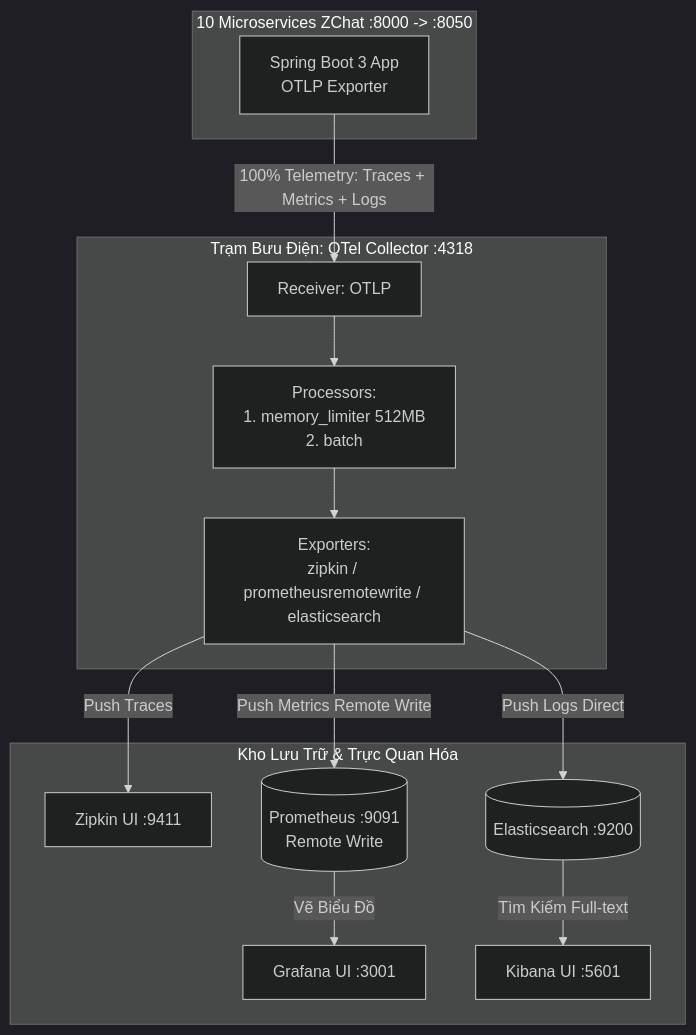
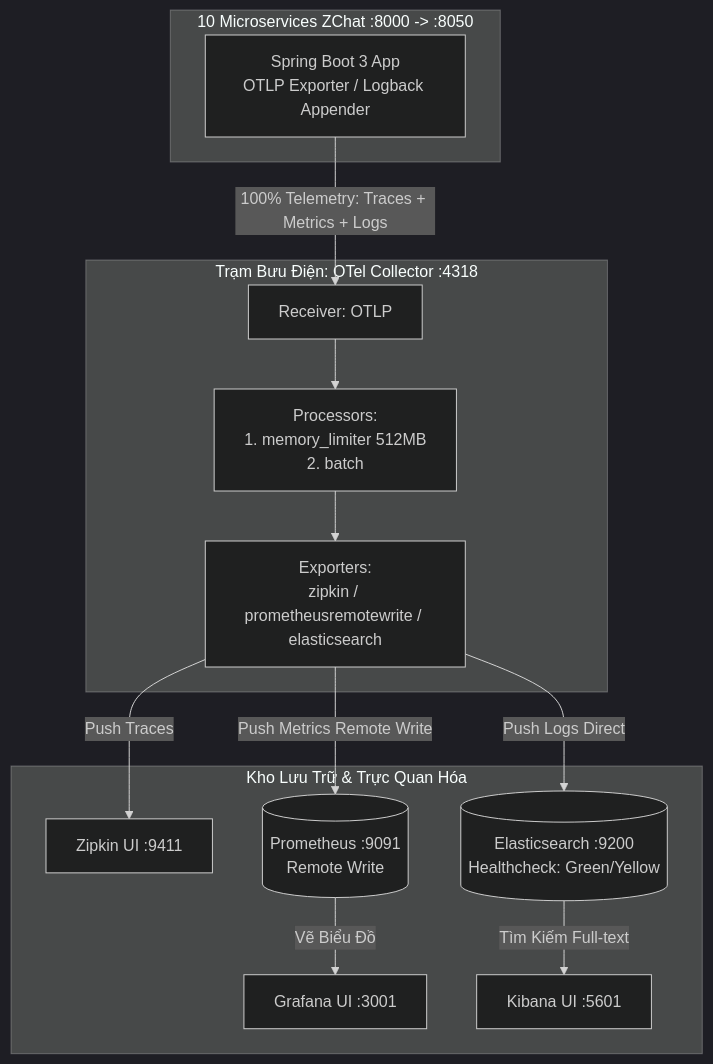
The diagram in docs/architecture/observability_integration_recipe.md (quyennguyencoder/microservice-chat-platform), drawn with Mermaid (dark theme) before and after one commit. The commit also changed other lines of this file, not shown here.

Commit message:
Finalize True Enterprise observability recipe: add Elasticsearch healthcheck and dependencies

````diff
--- a/docs/architecture/observability_integration_recipe.md
+++ b/docs/architecture/observability_integration_recipe.md
@@ -11,29 +11,29 @@
 ```mermaid
 flowchart TD
     subgraph ZChat [10 Microservices ZChat :8000 -> :8050]
-        APP[Spring Boot 3 App<br>OTLP Exporter]
+        APP[Spring Boot 3 App<br>OTLP Exporter / Logback Appender]
     end
 
     subgraph Central [Trạm Bưu Điện: OTel Collector :4318]
         REC[Receiver: OTLP]
         PROC[Processors:<br>1. memory_limiter 512MB<br>2. batch]
         EXP[Exporters:<br>zipkin / prometheusremotewrite / elasticsearch]
     end
 
     subgraph Backends [Kho Lưu Trữ & Trực Quan Hóa]
         ZIP[Zipkin UI :9411]
         PROM[(Prometheus :9091<br>Remote Write)]
         GRAF[Grafana UI :3001]
-        ES[(Elasticsearch :9200)]
+        ES[(Elasticsearch :9200<br>Healthcheck: Green/Yellow)]
         KIB[Kibana UI :5601]
     end
 
     APP -->|100% Telemetry: Traces + Metrics + Logs| REC
     REC --> PROC --> EXP
 
     EXP -->|Push Traces| ZIP
     EXP -->|Push Metrics Remote Write| PROM
     PROM -->|Vẽ Biểu Đồ| GRAF
     EXP -->|Push Logs Direct| ES
     ES -->|Tìm Kiếm Full-text| KIB
 ```
````
